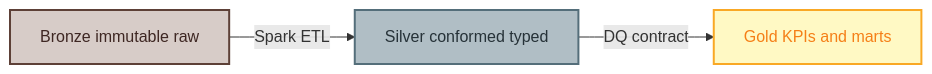
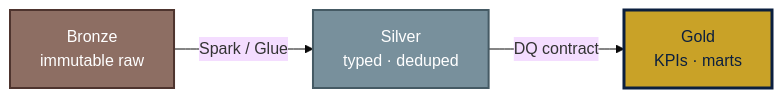
One commit to willtran112358/airline-domain-data-platform changed the third of 5 diagrams in README.md. Above: the diagram before and after it, drawn with Mermaid. The commit also changed other lines of this file and 17 other files, not shown here.

````diff
--- a/README.md
+++ b/README.md
@@ -160,13 +159,14 @@
 ```mermaid
+%%{init: {'theme':'base', 'themeVariables': {'fontFamily':'Segoe UI, sans-serif'}}}%%
 flowchart LR
-    classDef bronze fill:#d7ccc8,stroke:#5d4037,stroke-width:2px,color:#3e2723
-    classDef silver fill:#b0bec5,stroke:#546e7a,stroke-width:2px,color:#263238
-    classDef gold fill:#fff9c4,stroke:#f9a825,stroke-width:2px,color:#f57f17
+    classDef bronze fill:#8D6E63,stroke:#4E342E,stroke-width:2px,color:#FFFFFF
+    classDef silver fill:#78909C,stroke:#455A64,stroke-width:2px,color:#FFFFFF
+    classDef gold fill:#C9A227,stroke:#0B1F3F,stroke-width:3px,color:#0B1F3F
 
-    B["Bronze immutable raw"]:::bronze
-    S["Silver conformed typed"]:::silver
-    G["Gold KPIs and marts"]:::gold
+    B["Bronze<br/>immutable raw"]:::bronze
+    S["Silver<br/>typed · deduped"]:::silver
+    G["Gold<br/>KPIs · marts"]:::gold
 
-    B -->|"Spark ETL"| S
+    B -->|"Spark / Glue"| S
     S -->|"DQ contract"| G
 ```
````
